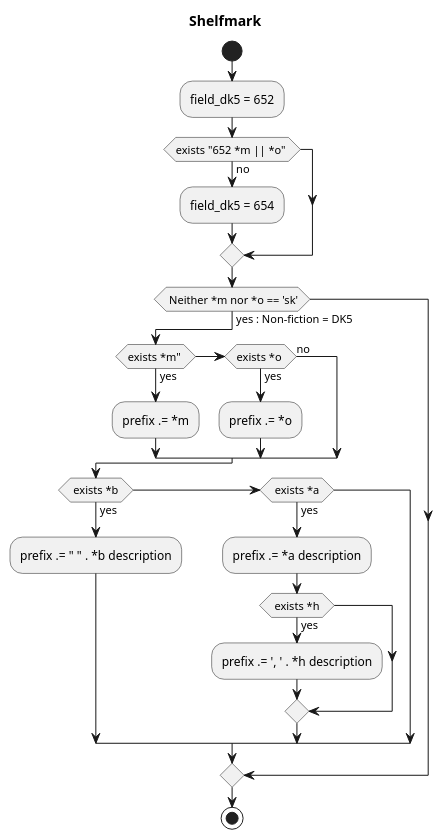
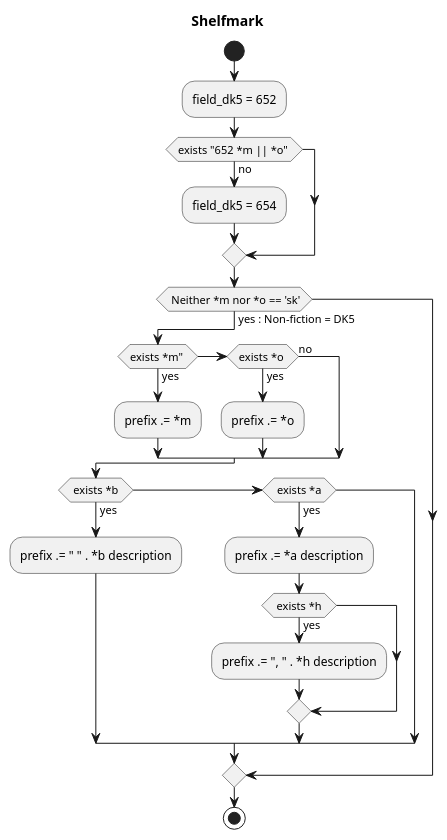
Before and after one commit to danskernesdigitalebibliotek/plantuml: the diagram in docs/react/localisation/shelfmark2.puml, drawn with PlantUML.

```diff
--- a/docs/react/localisation/shelfmark2.puml
+++ b/docs/react/localisation/shelfmark2.puml
@@ -1,80 +1,80 @@
 @startuml
 title Shelfmark
 
 ' Skinparams '
 skinparam monochrome true
 'skinparam handwritten true
 
 ' Participants
 start
 /'
         // Look for the marc field to get DK5 classification from. We require
         // that either 'm' or 'o' subfield is present and prefer 652. If this is
         // not the case we'll try the outdated marc field 654 for DK5.
         $field_dk5 = fbs_get_marc_field($entity, '652');
         if (empty($field_dk5['m']) && empty($field_dk5['o'])) {
           $field_dk5 = fbs_get_marc_field($entity, '654');
         }
 '/
 ':Set empty $prefix
 :field_dk5 = 652;
 if (exists "652 *m || *o" ) then (no)
     :field_dk5 = 654;
 endif
 
 
 /'
         // Non-fiction: Look for the 'sk' marker in both 'm' and 'o' subfield.
         // If it's not present in any of these, we consider the material be to
         // be non-fiction and we should use the special prefix for non-fiction
         // materials.
         if ($field_dk5_m !== 'sk' && $field_dk5_o !== 'sk') {
 '/
 
 'if ( *m !== 'sk' \n&& *o !== 'sk') then (yes : Non-fiction)
 if ( Neither *m nor *o == 'sk') then (yes : Non-fiction = DK5)
     if (exists *m" ) then (yes)
         :prefix .= *m;
     elseif (exists *o ) then (yes)
         :prefix .= *o;
     else (no)
     endif
 /'
           // Additional descriptors from the DK5 classification. Note that we
           // ensure to use data from the correct subfields of the field we got
           // the DK5 classification from.
           if (!empty($field_dk5['b'][$field_dk5_index])) {
             $prefix .= ' ' . $field_dk5['b'][$field_dk5_index];
           }
           elseif (!empty($field_dk5['a'][$field_dk5_index])) {
             $prefix .= ' ' . $field_dk5['a'][$field_dk5_index];
             if (!empty($field_dk5['h'][$field_dk5_index])) {
               $prefix .= ', ' . $field_dk5['h'][$field_dk5_index];
             }
           }
 '/
     if ( exists *b ) then (yes)
         :prefix .= " " . *b description;
     elseif ( exists *a ) then (yes)
             :prefix .= *a description;
         if ( exists *h ) then (yes)
-            :prefix .= ', ' . *h description;
+            :prefix .= ", " . *h description;
         endif
     endif
 /'
         // Music: Field 039.a is present on music materials, so we can use this
         // is an indicator.
         elseif ($field039a = fbs_get_marc_field($entity, '039', 'a')) {
           $prefix .= fbs_translate_marc($field039a, '039.a');
 
           // We'll also append additional subfields if present.
           if ($field039b = fbs_get_marc_field($entity, '039', 'b')) {
             $prefix .= ' ' . fbs_translate_marc($field039b, '039.b');
           }
         }
 '/
 
 endif
 
 stop
 @enduml
```
